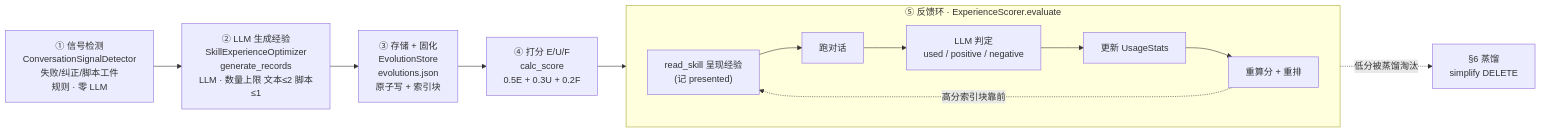
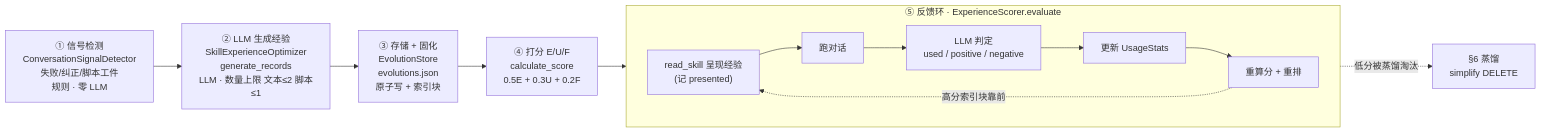
One commit to Wendymayu/twinkle changed the diagram in docs/design/skill-self-evolution-design.md. Above: the diagram before and after it, drawn with Mermaid. The commit also changed other lines of this file and 12 other files, not shown here.

````diff
--- a/docs/design/skill-self-evolution-design.md
+++ b/docs/design/skill-self-evolution-design.md
@@ -27,21 +27,21 @@
 ```mermaid
 flowchart LR
     S1["① 信号检测<br/>ConversationSignalDetector<br/>失败/纠正/脚本工件<br/>规则 · 零 LLM"]
     S2["② LLM 生成经验<br/>SkillExperienceOptimizer<br/>generate_records<br/>LLM · 数量上限 文本≤2 脚本≤1"]
     S3["③ 存储 + 固化<br/>EvolutionStore<br/>evolutions.json<br/>原子写 + 索引块"]
-    S4["④ 打分 E/U/F<br/>calc_score<br/>0.5E + 0.3U + 0.2F"]
+    S4["④ 打分 E/U/F<br/>calculate_score<br/>0.5E + 0.3U + 0.2F"]
 
     subgraph loop["⑤ 反馈环 · ExperienceScorer.evaluate"]
         direction LR
         INJ["read_skill 呈现经验<br/>(记 presented)"]
         CONV["跑对话"]
         EVAL["LLM 判定<br/>used / positive / negative"]
         UPD["更新 UsageStats"]
         RS["重算分 + 重排"]
         INJ --> CONV --> EVAL --> UPD --> RS
         RS -. "高分索引块靠前" .-> INJ
     end
 
     S1 --> S2 --> S3 --> S4 --> INJ
     RS -. "低分被蒸馏淘汰" .-> DIST["§6 蒸馏<br/>simplify DELETE"]
 ```
````
